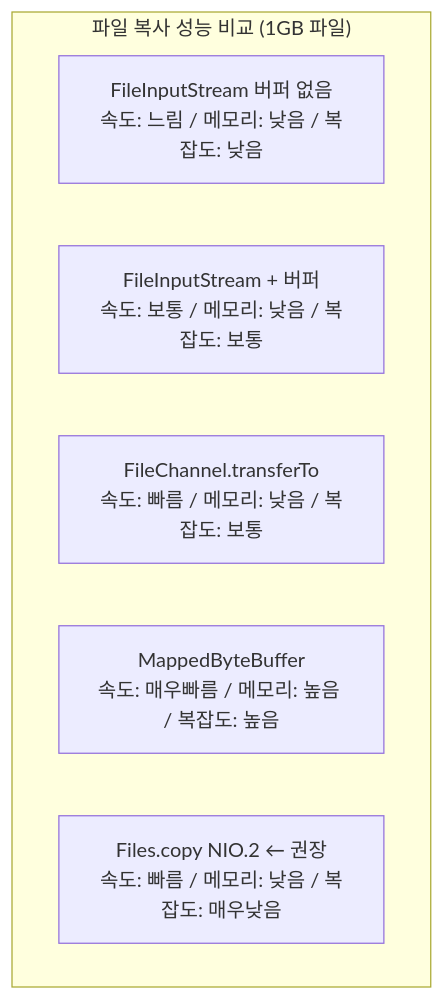
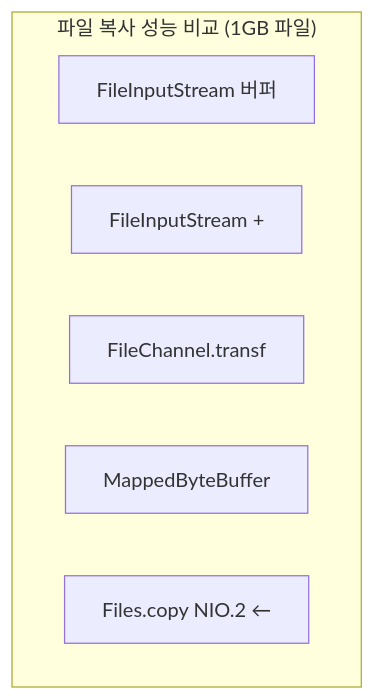
One commit to yjkim2015/yjkim2015.github.io changed the tenth of 11 diagrams in _posts/java/2026-05-01-java-io.md. Above: the diagram before and after it, drawn with Mermaid. The commit also changed other lines of this file and 271 other files, not shown here.

First line of the commit message:
Mermaid 라벨 축소: 긴 노드 텍스트 18자 이하로 트림 + \n 제거

````diff
--- a/_posts/java/2026-05-01-java-io.md
+++ b/_posts/java/2026-05-01-java-io.md
@@ -793,10 +793,10 @@
 ```mermaid
 graph TD
     subgraph "파일 복사 성능 비교 (1GB 파일)"
-        M1["FileInputStream 버퍼 없음<br>속도: 느림 / 메모리: 낮음 / 복잡도: 낮음"]
-        M2["FileInputStream + 버퍼<br>속도: 보통 / 메모리: 낮음 / 복잡도: 보통"]
-        M3["FileChannel.transferTo<br>속도: 빠름 / 메모리: 낮음 / 복잡도: 보통"]
-        M4["MappedByteBuffer<br>속도: 매우빠름 / 메모리: 높음 / 복잡도: 높음"]
-        M5["Files.copy NIO.2 ← 권장<br>속도: 빠름 / 메모리: 낮음 / 복잡도: 매우낮음"]
+        M1["FileInputStream 버퍼"]
+        M2["FileInputStream +"]
+        M3["FileChannel.transf"]
+        M4["MappedByteBuffer<b"]
+        M5["Files.copy NIO.2 ←"]
     end
 ```
````
